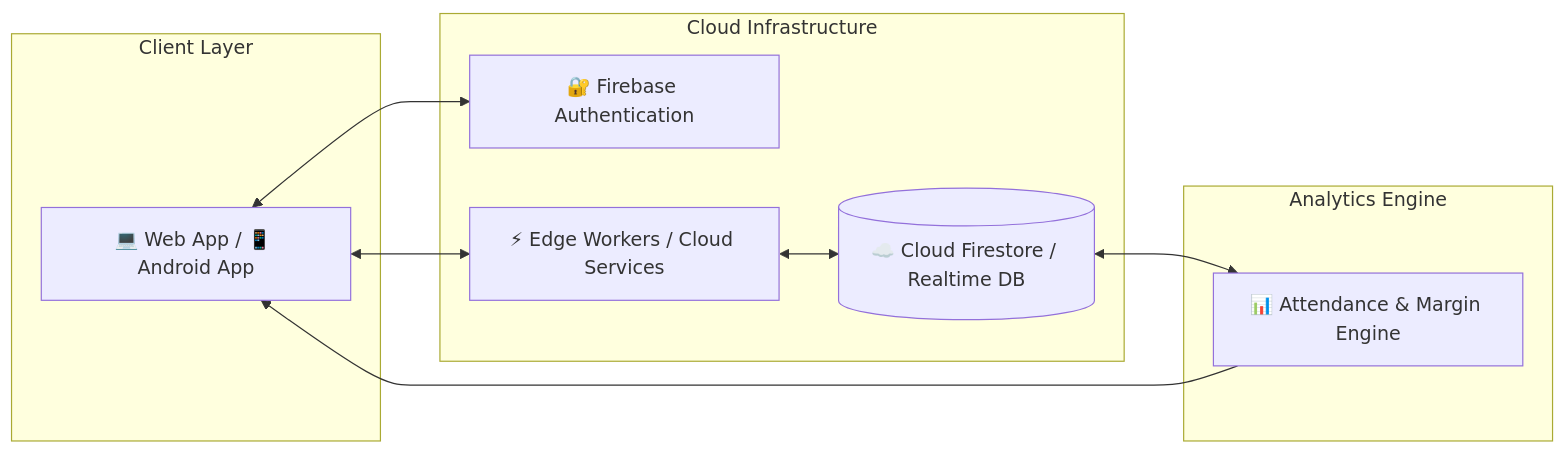
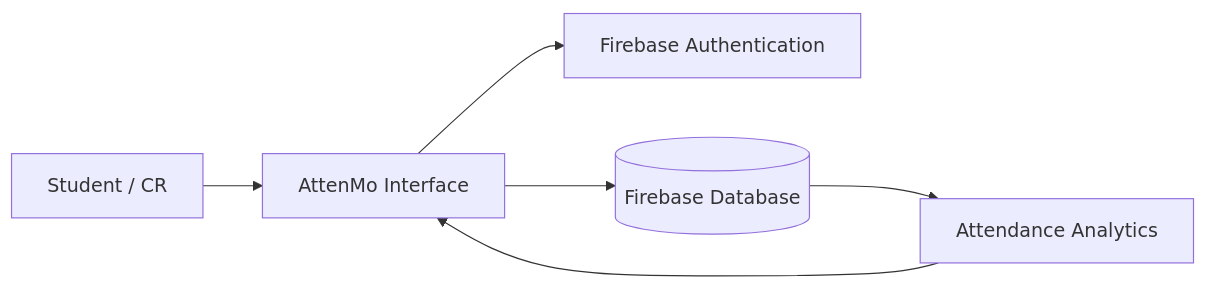
The second of 2 diagrams in README.md (shivam238/AttenMo), drawn with Mermaid before and after one commit. The commit also changed other lines of this file, not shown here.

````diff
--- a/README.md
+++ b/README.md
@@ -156,22 +162,15 @@
 ```mermaid
 flowchart LR
-    subgraph Client Layer
-        UI[💻 Web App / 📱 Android App]
-    end
-    
-    subgraph Cloud Infrastructure
-        AUTH[🔐 Firebase Authentication]
-        API[⚡ Edge Workers / Cloud Services]
-        DB[(☁️ Cloud Firestore / Realtime DB)]
-    end
-    
-    subgraph Analytics Engine
-        ENGINE[📊 Attendance & Margin Engine]
-    end
 
-    UI <--> AUTH
-    UI <--> API
-    API <--> DB
-    DB <--> ENGINE
-    ENGINE --> UI
+User[Student / CR]
+UI[AttenMo Interface]
+Auth[Firebase Authentication]
+DB[(Firebase Database)]
+Analytics[Attendance Analytics]
+
+User --> UI
+UI --> Auth
+UI --> DB
+DB --> Analytics
+Analytics --> UI
 ```
````
